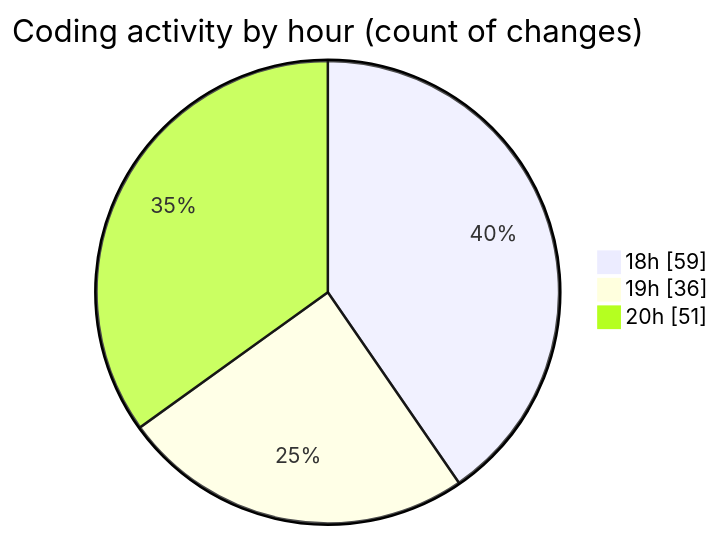
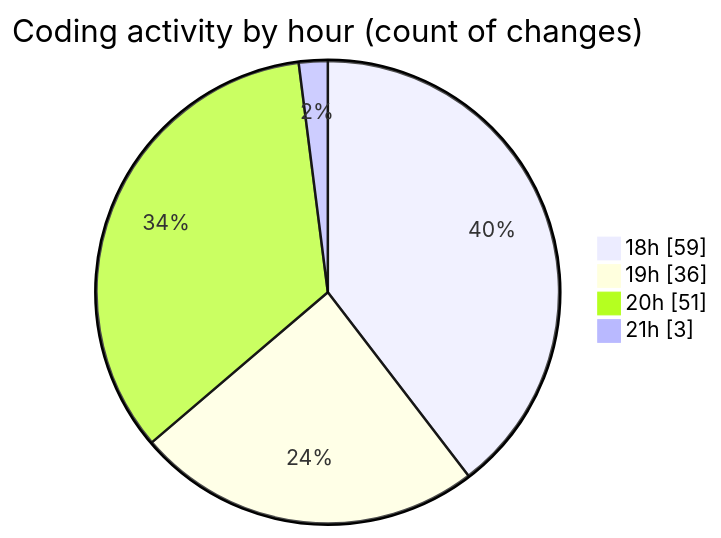
The second of 2 diagrams in 2025-04-02/back-end/README.md (Netris89/code-tracking), drawn with Mermaid before and after one commit. The commit also changed other lines of this file and 1 other file, not shown here.

````diff
--- a/2025-04-02/back-end/README.md
+++ b/2025-04-02/back-end/README.md
@@ -40,7 +40,8 @@
 ```mermaid
 pie showData
 title Coding activity by hour (count of changes)
 "18h" : 59
 "19h" : 36
 "20h" : 51
+"21h" : 3
 ```
````
